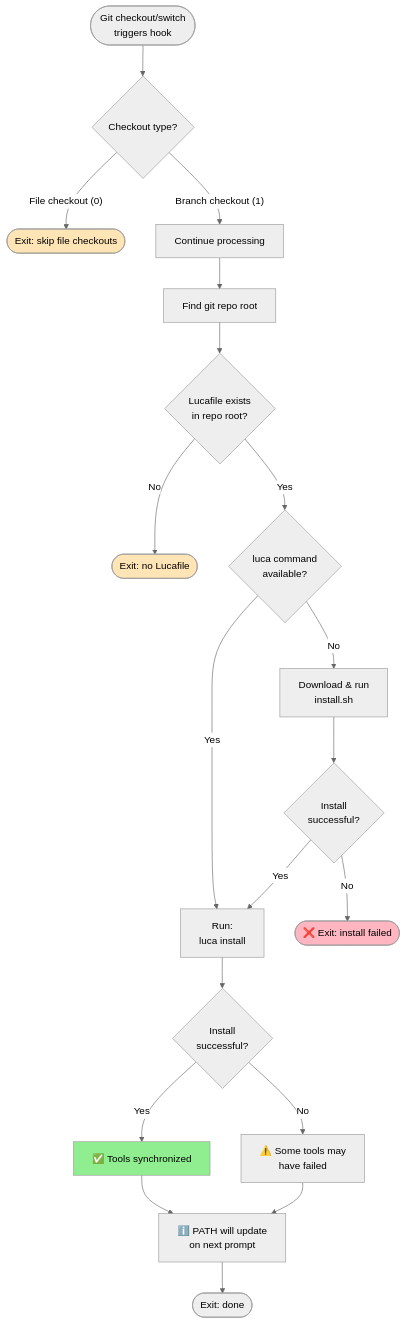
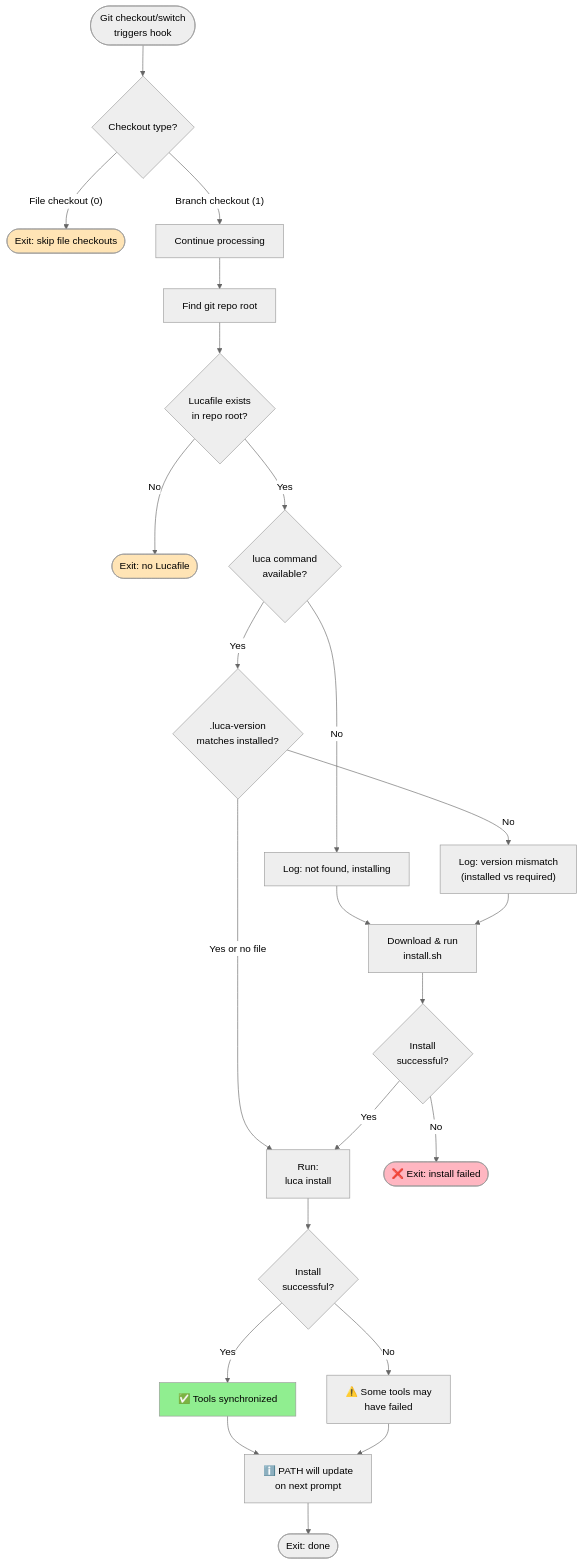
One commit to LucaTools/LucaScripts changed the fourth of 7 diagrams in README.md. Above: the diagram before and after it, drawn with Mermaid (neutral theme). The commit also changed other lines of this file, not shown here.

Commit message:
Update README diagrams for version check in post-checkout
Reflect the new .luca-version check in the post-checkout flowchart
and the user journey sequence diagram.

````diff
--- a/README.md
+++ b/README.md
@@ -182,37 +182,43 @@
 ```mermaid
 flowchart TD
     Start([Git checkout/switch<br/>triggers hook]) --> CheckType{Checkout type?}
-    
+
     CheckType -->|"File checkout (0)"| Exit1([Exit: skip file checkouts])
     CheckType -->|"Branch checkout (1)"| Continue[Continue processing]
-    
+
     Continue --> FindRoot[Find git repo root]
     FindRoot --> CheckLucafile{Lucafile exists<br/>in repo root?}
-    
+
     CheckLucafile -->|No| Exit2([Exit: no Lucafile])
     CheckLucafile -->|Yes| CheckLuca{luca command<br/>available?}
-    
-    CheckLuca -->|No| InstallLuca[Download & run<br/>install.sh]
-    CheckLuca -->|Yes| RunInstall
-    
-    InstallLuca --> CheckInstallResult{Install<br/>successful?}
+
+    CheckLuca -->|No| LogNotFound["Log: not found, installing"]
+    CheckLuca -->|Yes| CheckVersion{".luca-version"<br/>matches installed?}
+
+    CheckVersion -->|Yes or no file| RunInstall
+    CheckVersion -->|No| LogMismatch["Log: version mismatch<br/>(installed vs required)"]
+
+    LogNotFound --> Download[Download & run<br/>install.sh]
+    LogMismatch --> Download
+
+    Download --> CheckInstallResult{Install<br/>successful?}
     CheckInstallResult -->|No| ErrorExit([❌ Exit: install failed])
     CheckInstallResult -->|Yes| RunInstall
-    
+
     RunInstall["Run:<br/>luca install"]
     RunInstall --> CheckResult{Install<br/>successful?}
-    
+
     CheckResult -->|Yes| Success[✅ Tools synchronized]
     CheckResult -->|No| Warning[⚠️ Some tools may<br/>have failed]
-    
+
     Success --> NotifyPath
     Warning --> NotifyPath
-    
+
     NotifyPath["ℹ️ PATH will update<br/>on next prompt"]
     NotifyPath --> Exit3([Exit: done])
-    
+
     style Exit1 fill:#FFE4B5
     style Exit2 fill:#FFE4B5
     style ErrorExit fill:#FFB6C1
     style Success fill:#90EE90
 ```
````
